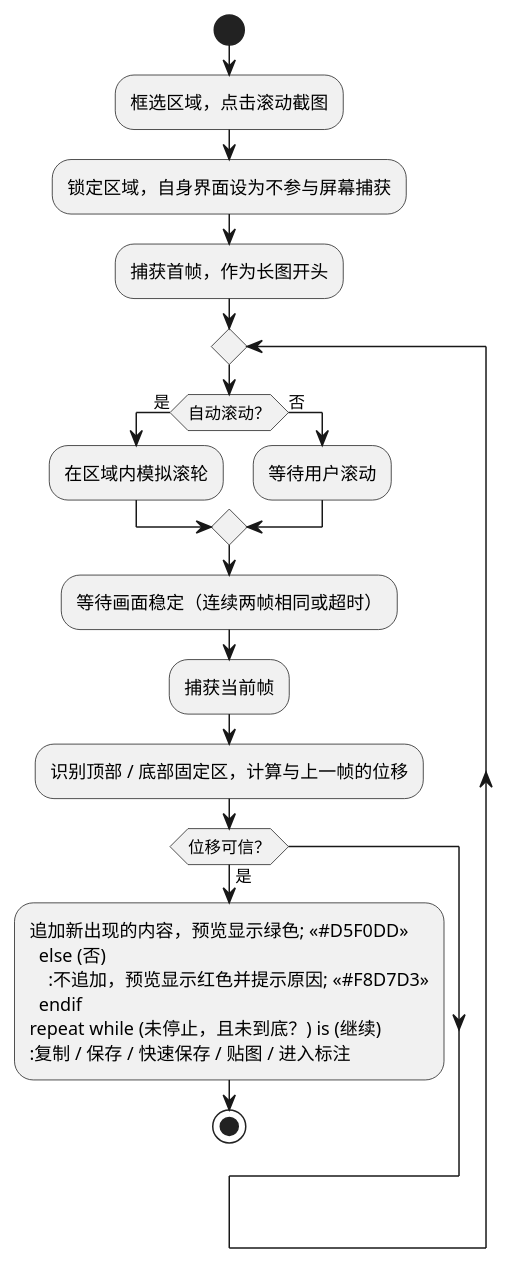
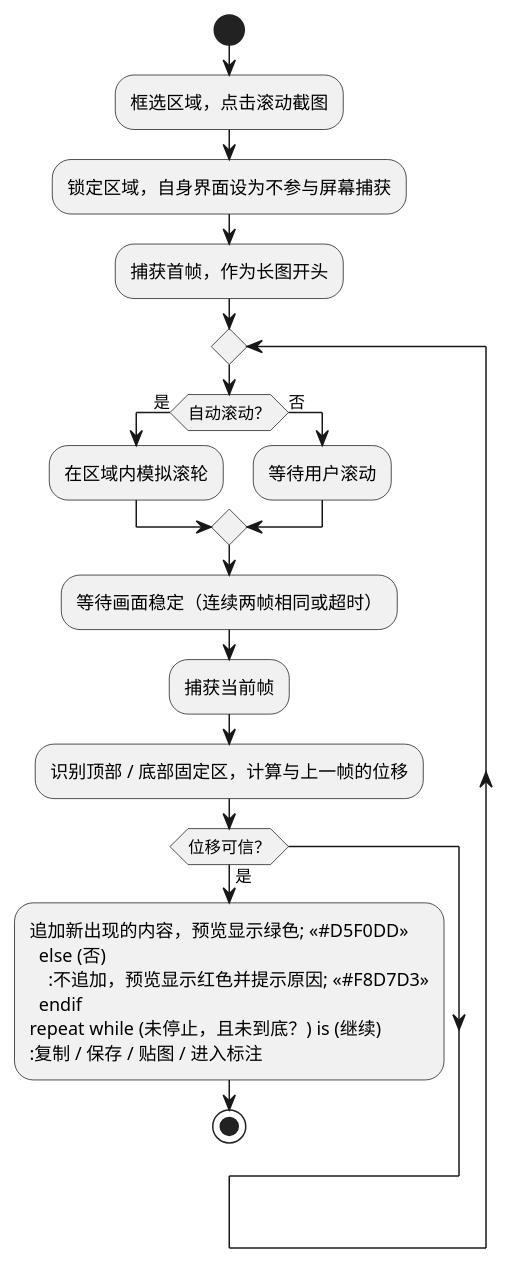
Before and after one commit to crvsrvn/ScreenShot: the fourth of 4 diagrams in docs/01-requirements.md, drawn with PlantUML. The commit also changed other lines of this file and 88 other files, not shown here.

````diff
--- a/docs/01-requirements.md
+++ b/docs/01-requirements.md
@@ -287,25 +271,25 @@
 ```plantuml caption="滚动截图流程"
 @startuml
 start
 :框选区域，点击滚动截图;
 :锁定区域，自身界面设为不参与屏幕捕获;
 :捕获首帧，作为长图开头;
 repeat
   if (自动滚动？) then (是)
     :在区域内模拟滚轮;
   else (否)
     :等待用户滚动;
   endif
   :等待画面稳定（连续两帧相同或超时）;
   :捕获当前帧;
   :识别顶部 / 底部固定区，计算与上一帧的位移;
   if (位移可信？) then (是)
     :追加新出现的内容，预览显示绿色; <<#D5F0DD>>
   else (否)
     :不追加，预览显示红色并提示原因; <<#F8D7D3>>
   endif
 repeat while (未停止，且未到底？) is (继续)
-:复制 / 保存 / 快速保存 / 贴图 / 进入标注;
+:复制 / 保存 / 贴图 / 进入标注;
 stop
 @enduml
 ```
````
